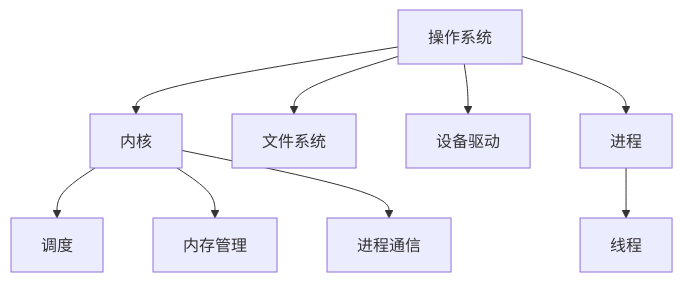
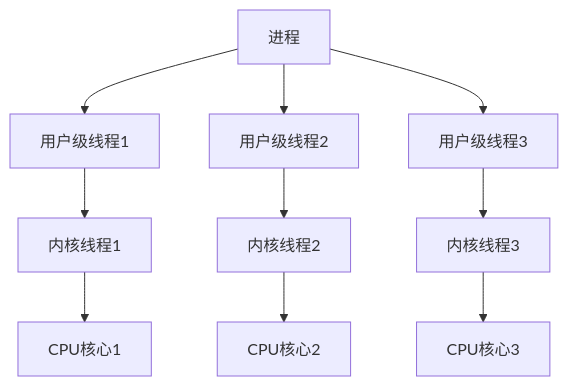
Before and after one commit to AdaMartin18010/SystemOSIOT: the fifth of 18 diagrams in 2.操作系统/2.5 多表征/2.5.1 概念图.md, drawn with Mermaid. The commit also changed other lines of this file and 118 other files, not shown here.

````diff
--- a/2.操作系统/2.5 多表征/2.5.1 概念图.md
+++ b/2.操作系统/2.5 多表征/2.5.1 概念图.md
@@ -5,11 +123,14 @@
 ```mermaid
 graph TD;
-  OS[操作系统] --> Kernel[内核];
-  OS --> FS[文件系统];
-  OS --> Driver[设备驱动];
-  OS --> Process[进程];
-  Process --> Thread[线程];
-  Kernel --> Sched[调度];
-  Kernel --> MM[内存管理];
-  Kernel --> IPC[进程通信];
+    Process[进程] --> Thread1[用户级线程1];
+    Process --> Thread2[用户级线程2];
+    Process --> Thread3[用户级线程3];
+    
+    Thread1 --> KernelThread1[内核线程1];
+    Thread2 --> KernelThread2[内核线程2];
+    Thread3 --> KernelThread3[内核线程3];
+    
+    KernelThread1 --> CPU1[CPU核心1];
+    KernelThread2 --> CPU2[CPU核心2];
+    KernelThread3 --> CPU3[CPU核心3];
 ```
````
